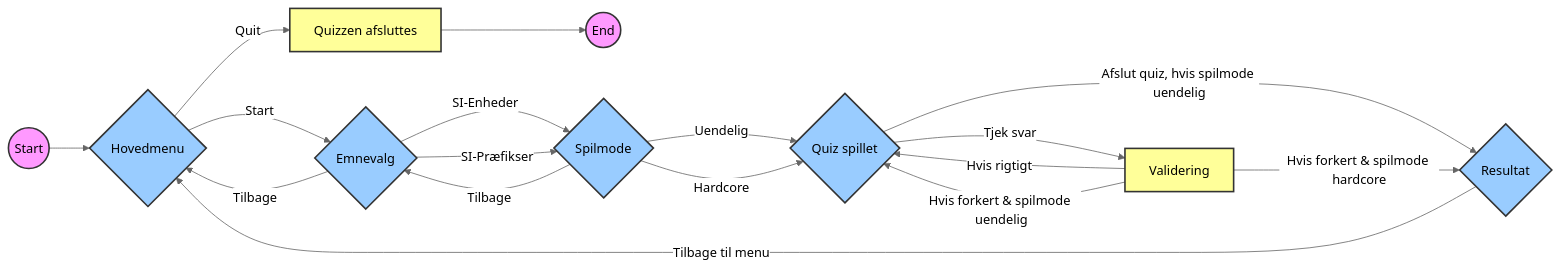
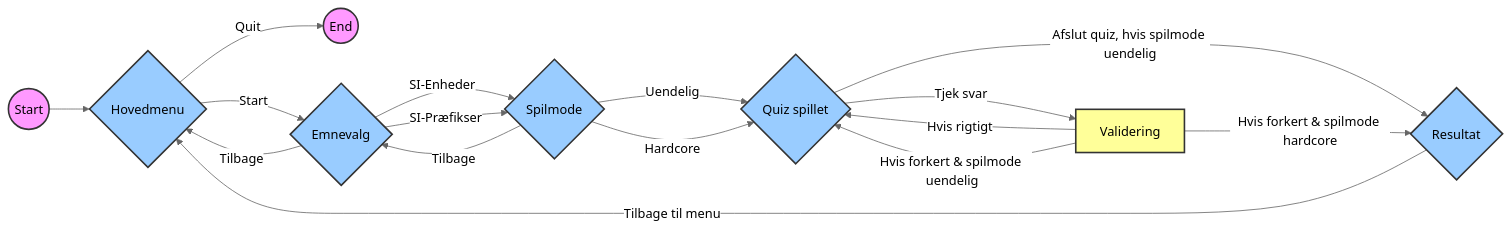
One commit to mjdvisualz/fysik-quiz-app changed the diagram in README.md. Above: the diagram before and after it, drawn with Mermaid (neutral theme).

````diff
--- a/README.md
+++ b/README.md
@@ -16,29 +16,27 @@
 ```mermaid
 graph LR
     style A fill:#f9f,stroke:#333,stroke-width:2px
-    style E fill:#f9f,stroke:#333,stroke-width:2px
+    style D fill:#f9f,stroke:#333,stroke-width:2px
     style B fill:#9cf,stroke:#333,stroke-width:2px
     style C fill:#9cf,stroke:#333,stroke-width:2px
-    style D fill:#ff9,stroke:#333,stroke-width:2px
+    style E fill:#9cf,stroke:#333,stroke-width:2px
     style F fill:#9cf,stroke:#333,stroke-width:2px
-    style G fill:#9cf,stroke:#333,stroke-width:2px
-    style H fill:#ff9,stroke:#333,stroke-width:2px
-    style I fill:#9cf,stroke:#333,stroke-width:2px
+    style G fill:#ff9,stroke:#333,stroke-width:2px
+    style H fill:#9cf,stroke:#333,stroke-width:2px
 
     A((Start)) --> B{Hovedmenu}
-    B -->|Start| C{Emnevalg}
-    B -->|Quit| D[Quizzen afsluttes]
-    D --> E((End))
-    C --> |SI-Enheder| F{Spilmode}
-    C --> |SI-Præfikser| F
+    B --> |Start| C{Emnevalg}
+    B --> |Quit| D((End)) 
+    C --> |SI-Enheder| E{Spilmode}
+    C --> |SI-Præfikser| E
     C --> |Tilbage| B
-    F --> |Uendelig| G{Quiz spillet}
-    F --> |Hardcore| G
-    F --> |Tilbage| C
-    G --> |Tjek svar| H[Validering]
-    G --> |Afslut quiz, hvis spilmode uendelig| I{Resultat}
-    H --> |Hvis rigtigt| G
-    H --> |Hvis forkert & spilmode uendelig| G
-    H --> |Hvis forkert & spilmode hardcore| I
-    I --> |Tilbage til menu| B
+    E --> |Uendelig| F{Quiz spillet}
+    E --> |Hardcore| F
+    E --> |Tilbage| C
+    F --> |Tjek svar| G[Validering]
+    F --> |Afslut quiz, hvis spilmode uendelig| H{Resultat}
+    G --> |Hvis rigtigt| F
+    G --> |Hvis forkert & spilmode uendelig| F
+    G --> |Hvis forkert & spilmode hardcore| H
+    H --> |Tilbage til menu| B
 ```
````
